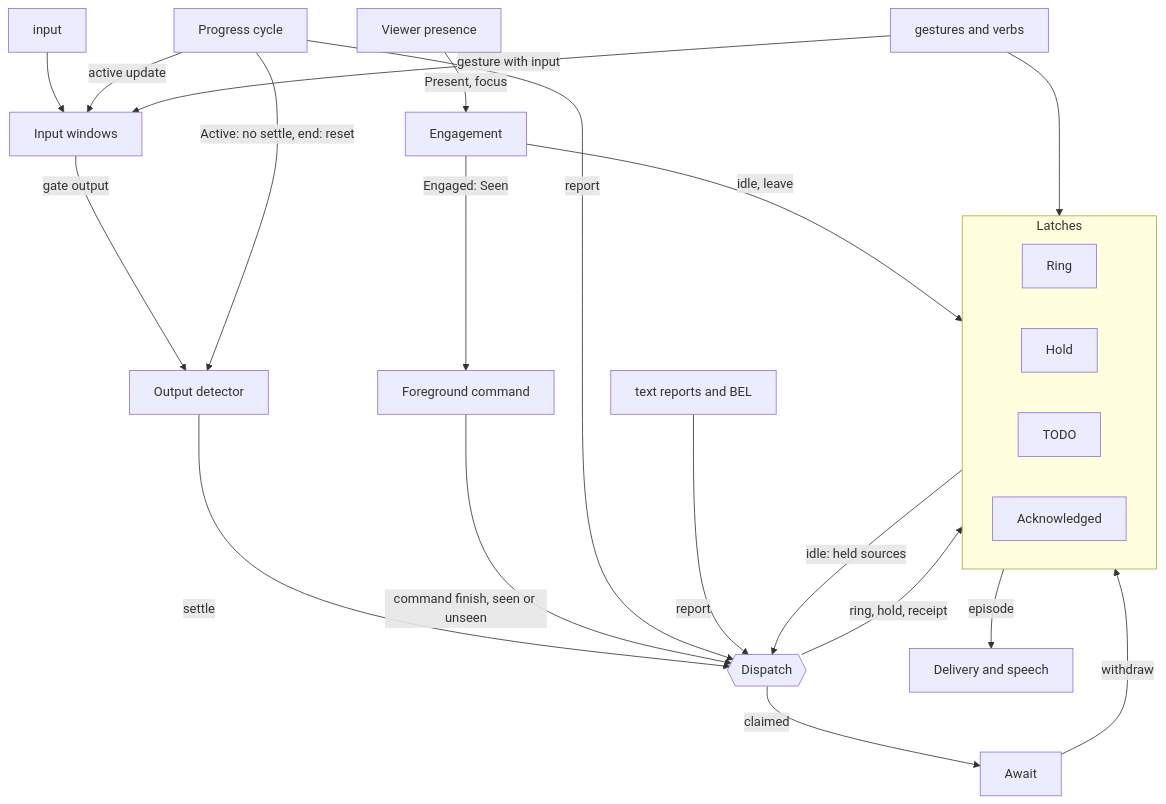
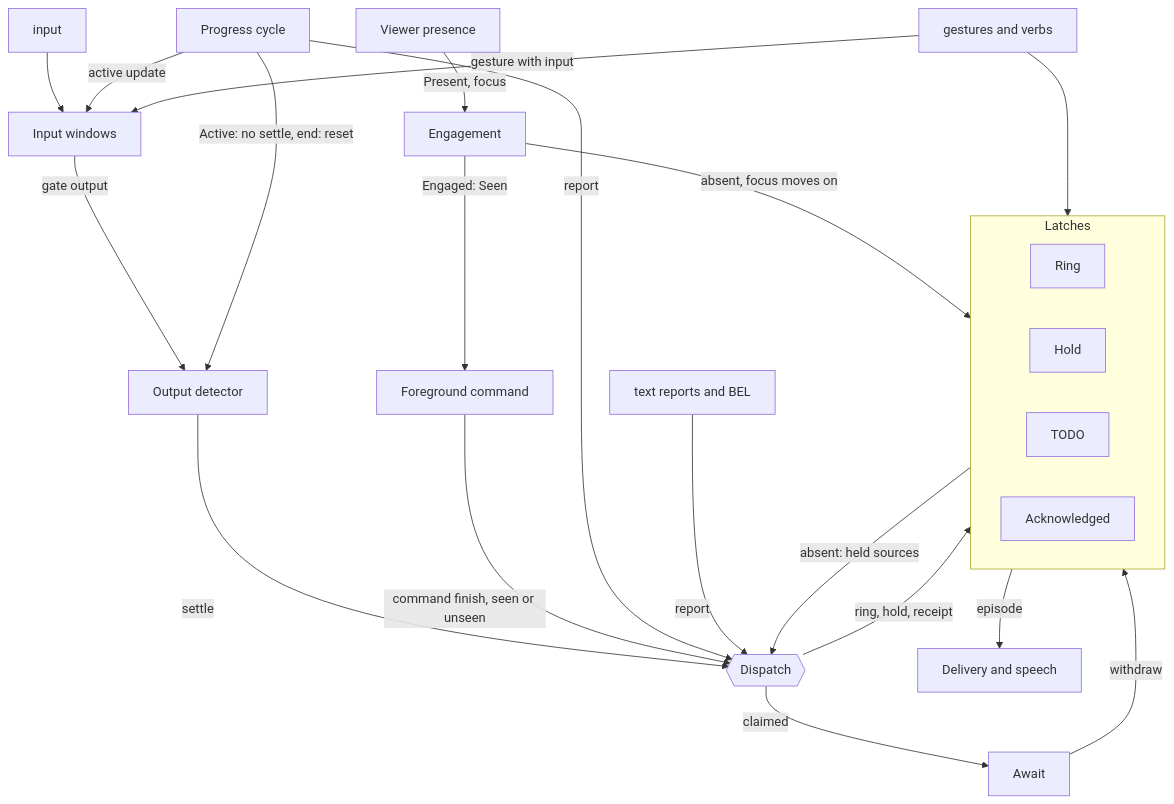
The first of 16 diagrams in docs/specs/alert.md (diffplug/dormouse), drawn with Mermaid before and after one commit. The commit also changed other lines of this file and 17 other files, not shown here.

First line of the commit message:
Ring a held completion when its viewer goes absent, not only on idle

````diff
--- a/docs/specs/alert.md
+++ b/docs/specs/alert.md
@@ -89,27 +89,27 @@
 ```mermaid
 flowchart TD
   P["Viewer presence"] -- "Present, focus" --> EN["Engagement"]
   WIN["Input windows"] -- "gate output" --> DET["Output detector"]
   IN["input"] --> WIN
   PR["Progress cycle"] -- "Active: no settle, end: reset" --> DET
   PR -- "active update" --> WIN
   DET -- "settle" --> DIS{{"Dispatch"}}
   CMD["Foreground command"] -- "command finish, seen or unseen" --> DIS
   PR -- "report" --> DIS
   REP["text reports and BEL"] -- "report" --> DIS
   DIS -- "claimed" --> AW["Await"]
   DIS -- "ring, hold, receipt" --> L
   AW -- "withdraw" --> L
-  EN -- "idle, leave" --> L
+  EN -- "absent, focus moves on" --> L
   EN -- "Engaged: Seen" --> CMD
-  L -- "idle: held sources" --> DIS
+  L -- "absent: held sources" --> DIS
   VB["gestures and verbs"] --> L
   VB -- "gesture with input" --> WIN
   subgraph L["Latches"]
     RING["Ring"]
     HOLD["Hold"]
     TODO["TODO"]
     ACK["Acknowledged"]
   end
   L -- "episode" --> DEL["Delivery and speech"]
 ```
````
